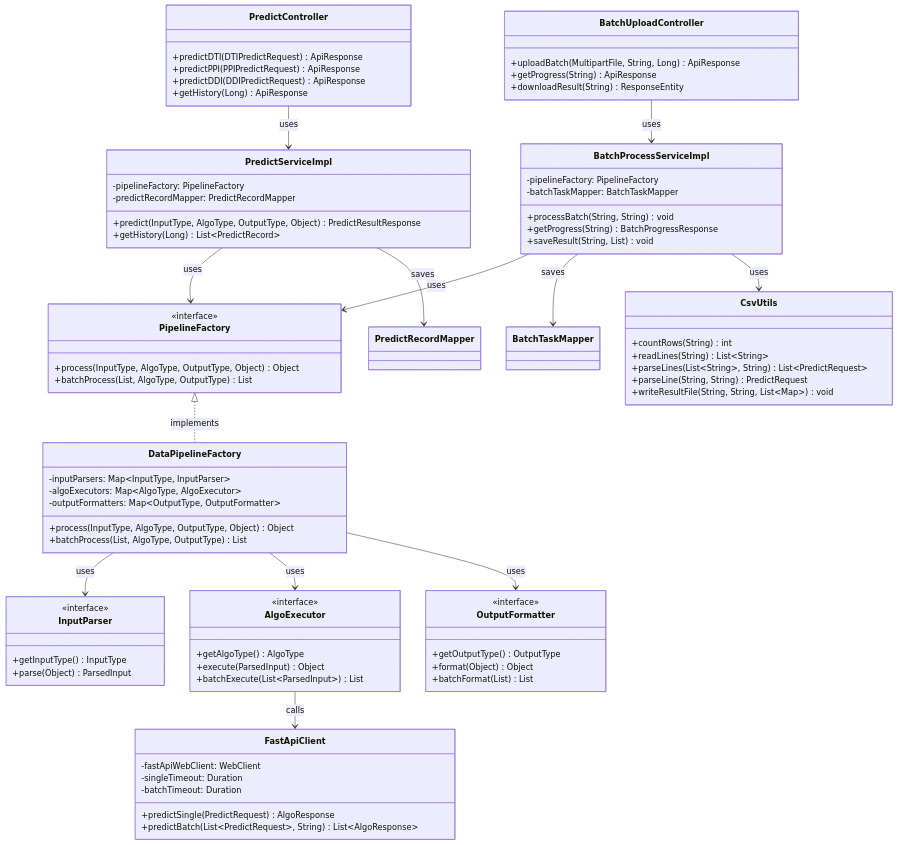
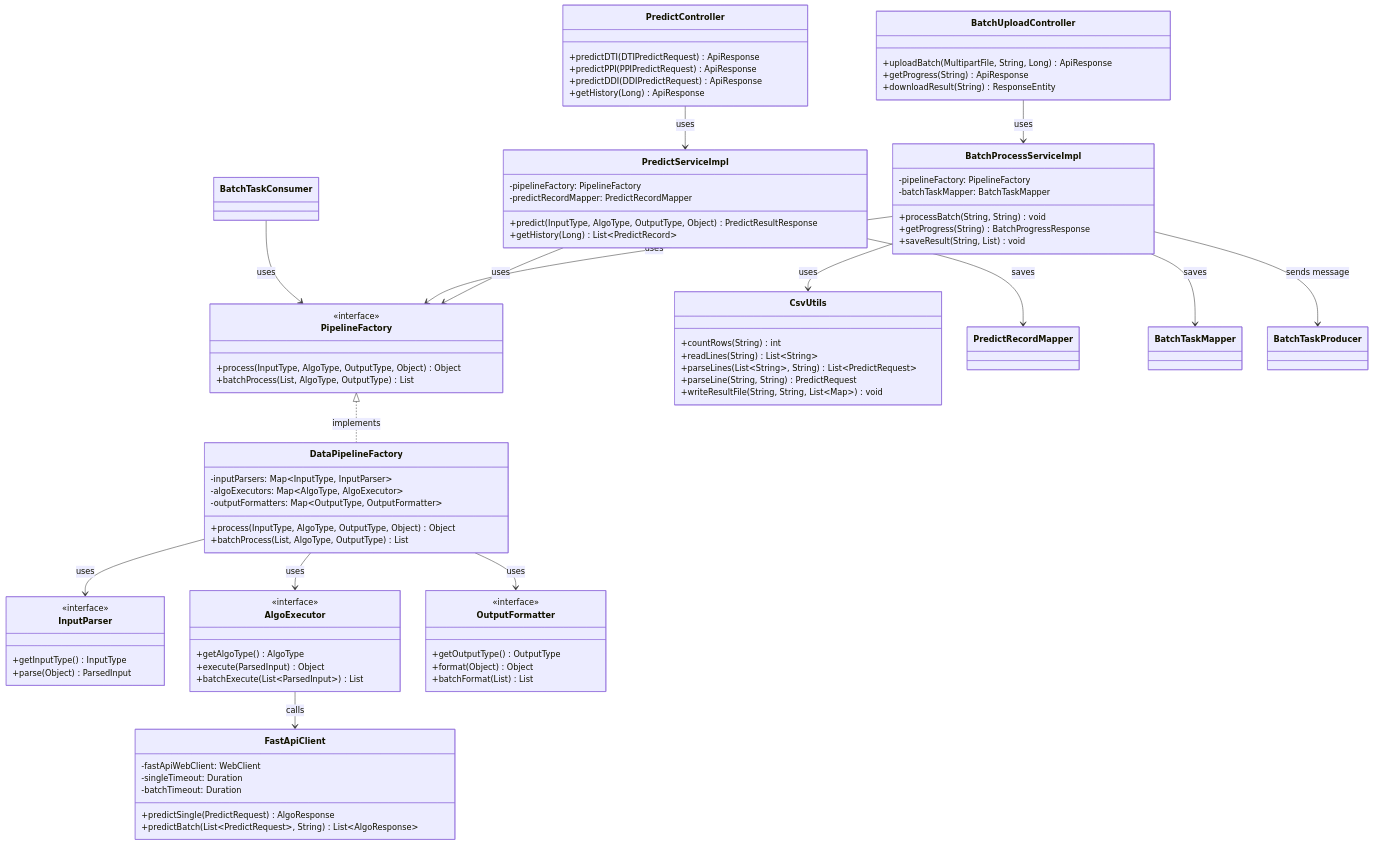
The diagram in docs/modules/predict/AI预测核心模块-SpringBoot后端技术开发文档.md (Ljz4777/SynPharm), drawn with Mermaid before and after one commit. The commit also changed other lines of this file and 31 other files, not shown here.

First line of the commit message:
feat: 接口契约对齐、核心视图接真实API、安全加固、任务模块修复、批量处理技术设计

```diff
--- a/docs/modules/predict/AI预测核心模块-SpringBoot后端技术开发文档.md
+++ b/docs/modules/predict/AI预测核心模块-SpringBoot后端技术开发文档.md
@@ -257,6 +265,8 @@
     PredictServiceImpl --> PredictRecordMapper : saves
     BatchProcessServiceImpl --> PipelineFactory : uses
     BatchProcessServiceImpl --> BatchTaskMapper : saves
+    BatchProcessServiceImpl --> BatchTaskProducer : sends message
+    BatchTaskConsumer --> PipelineFactory : uses
     BatchProcessServiceImpl --> CsvUtils : uses
     PipelineFactory <|.. DataPipelineFactory : implements
     DataPipelineFactory --> InputParser : uses
```
